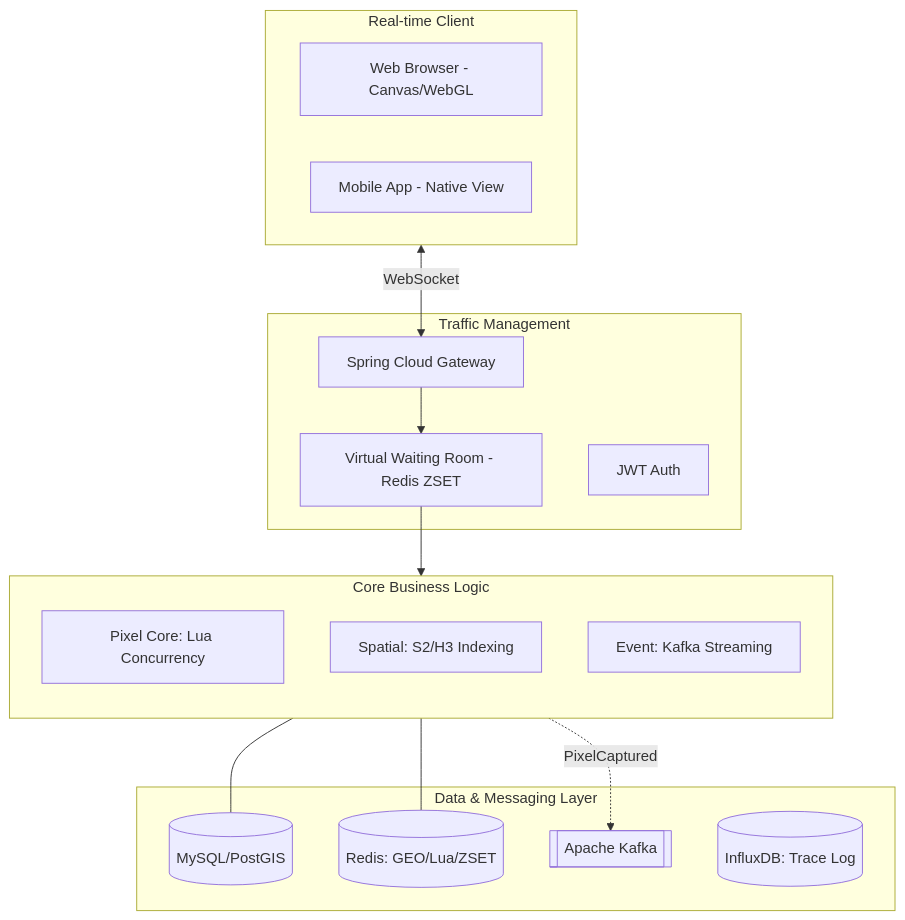
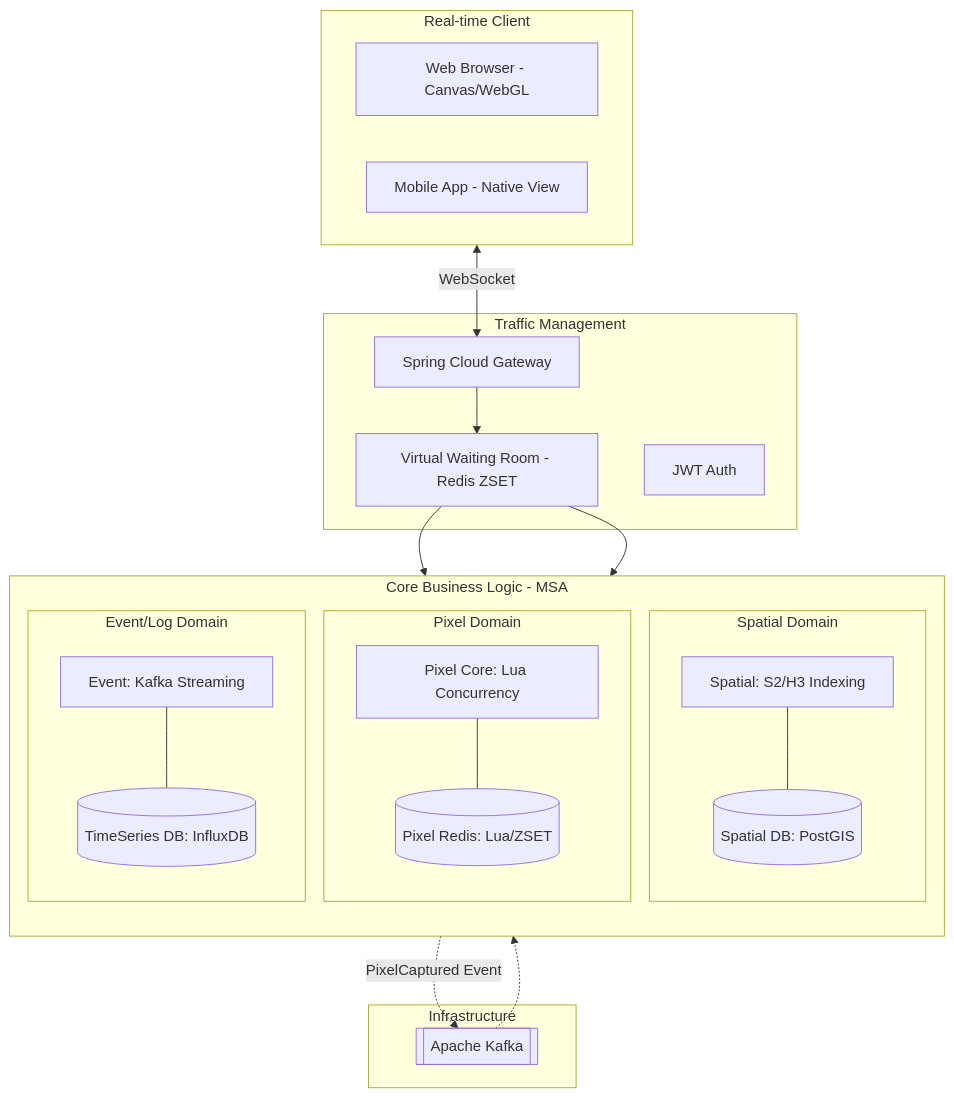
One commit to dlrkdgml0716/The_Pixel_War changed the diagram in README.md. Above: the diagram before and after it, drawn with Mermaid. The commit also changed other lines of this file, not shown here.

````diff
--- a/README.md
+++ b/README.md
@@ -5,40 +6,55 @@
 ```mermaid
 graph TD
     %% Client Layer
     subgraph ClientLayer [Real-time Client]
         Web[Web Browser - Canvas/WebGL]
         Mobile[Mobile App - Native View]
     end
 
     %% Gateway & Traffic Control
     subgraph TrafficControl [Traffic Management]
         AGW[Spring Cloud Gateway]
         NetFunnel[Virtual Waiting Room - Redis ZSET]
         Auth[JWT Auth]
     end
 
-    %% Microservices Layer
-    subgraph Microservices [Core Business Logic]
+    %% Microservices Layer (Database per Service)
+    subgraph Microservices [Core Business Logic - MSA]
         direction TB
-        PixelSvc[Pixel Core: Lua Concurrency]
-        SpatialSvc[Spatial: S2/H3 Indexing]
-        EventSvc[Event: Kafka Streaming]
+        
+        subgraph PixelDomain [Pixel Domain]
+            PixelSvc[Pixel Core: Lua Concurrency]
+            PixelRedis[(Pixel Redis: Lua/ZSET)]
+        end
+        
+        subgraph SpatialDomain [Spatial Domain]
+            SpatialSvc[Spatial: S2/H3 Indexing]
+            SpatialDB[(Spatial DB: PostGIS)]
+        end
+        
+        subgraph EventDomain [Event/Log Domain]
+            EventSvc[Event: Kafka Streaming]
+            LogDB[(TimeSeries DB: InfluxDB)]
+        end
     end
 
-    %% Data & Messaging
-    subgraph Persistence [Data & Messaging Layer]
-        MainDB[(MySQL/PostGIS)]
-        Redis[(Redis: GEO/Lua/ZSET)]
+    %% Infrastructure (Shared Message Broker)
+    subgraph MessageBroker [Infrastructure]
         Kafka[[Apache Kafka]]
-        TimeSeries[(InfluxDB: Trace Log)]
     end
 
     %% Relationships
     ClientLayer <--> |WebSocket| AGW
     AGW --> NetFunnel
-    NetFunnel --> Microservices
+    NetFunnel --> PixelSvc
+    NetFunnel --> SpatialSvc
     
-    PixelSvc --- Redis
-    SpatialSvc --- MainDB
-    Microservices -.-> |PixelCaptured| Kafka
+    %% Service-DB Ownership
+    PixelSvc --- PixelRedis
+    SpatialSvc --- SpatialDB
+    EventSvc --- LogDB
+    
+    %% Inter-service Communication (EDA)
+    PixelSvc -.-> |PixelCaptured Event| Kafka
+    Kafka -.-> EventSvc
 ```
````
